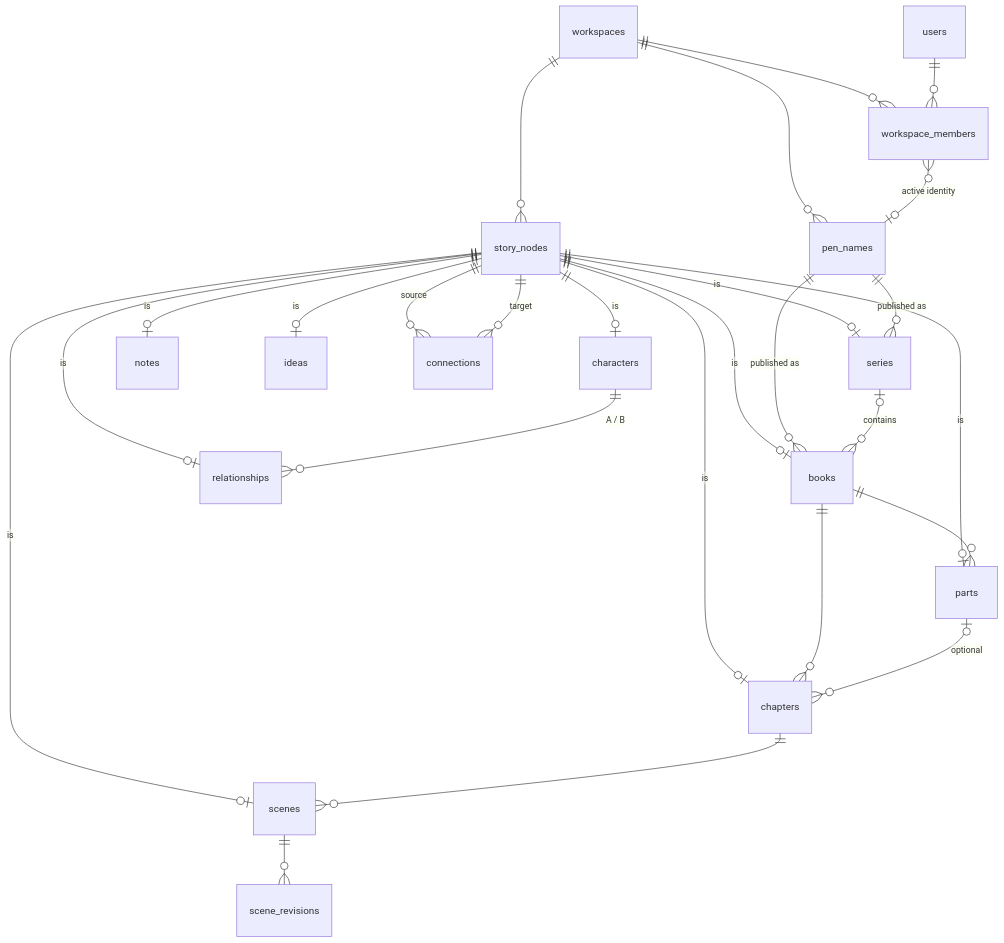
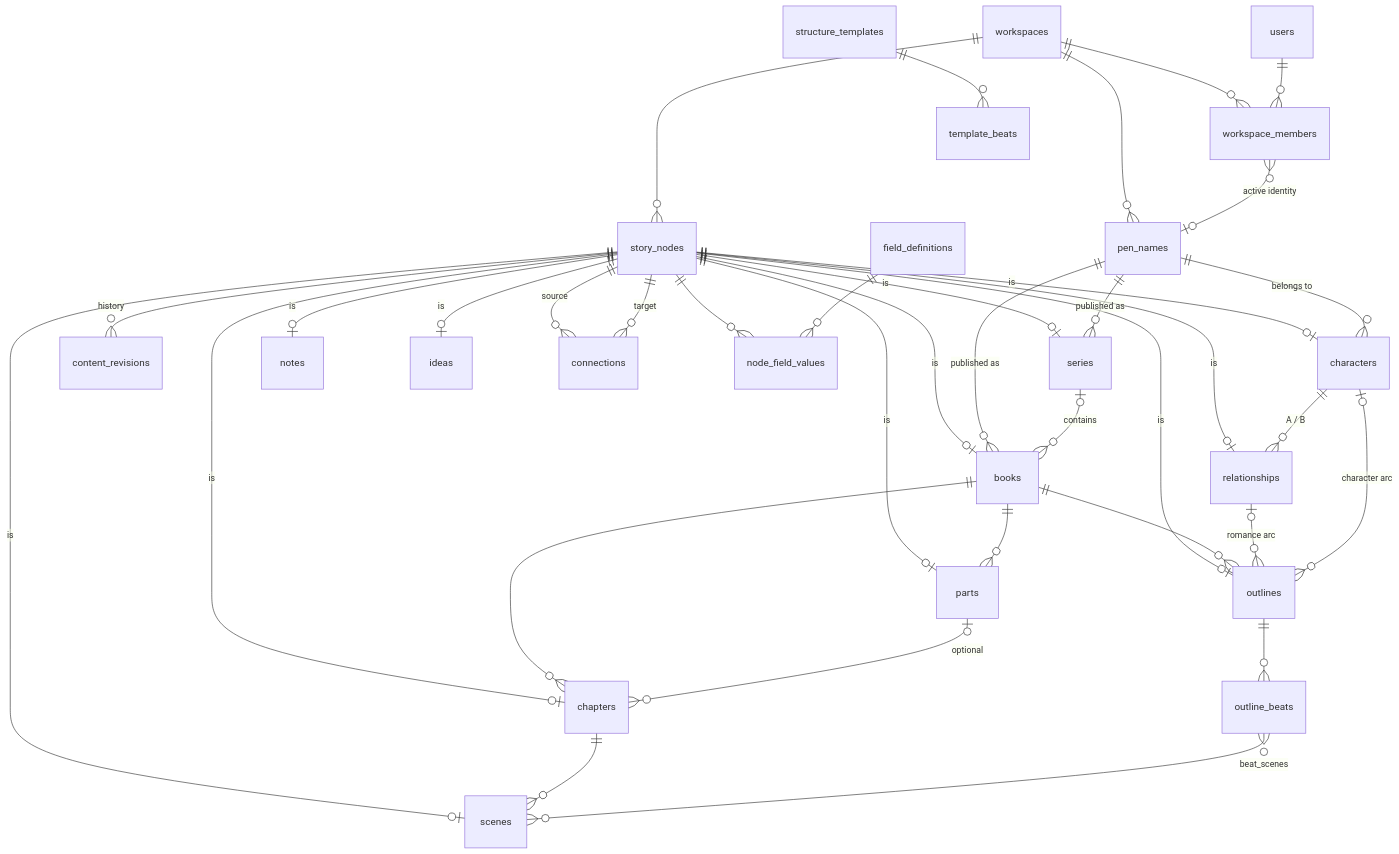
The diagram in docs/DATABASE.md (csperkpd-droid/AuthorOS), drawn with Mermaid before and after one commit. The commit also changed other lines of this file and 80 other files, not shown here.

First line of the commit message:
Milestone 3: story structure, romance arcs and identity separation

````diff
--- a/docs/DATABASE.md
+++ b/docs/DATABASE.md
@@ -51,28 +51,38 @@
 ```mermaid
 erDiagram
   workspaces ||--o{ workspace_members : ""
   users ||--o{ workspace_members : ""
   workspaces ||--o{ pen_names : ""
   workspace_members }o--o| pen_names : "active identity"
   workspaces ||--o{ story_nodes : ""
   story_nodes ||--o| series : "is"
   story_nodes ||--o| books : "is"
   story_nodes ||--o| parts : "is"
   story_nodes ||--o| chapters : "is"
   story_nodes ||--o| scenes : "is"
   pen_names ||--o{ series : "published as"
   pen_names ||--o{ books : "published as"
   series |o--o{ books : contains
   books ||--o{ parts : ""
   books ||--o{ chapters : ""
   parts |o--o{ chapters : "optional"
   chapters ||--o{ scenes : ""
-  scenes ||--o{ scene_revisions : ""
+  story_nodes ||--o{ content_revisions : "history"
   story_nodes ||--o| characters : "is"
   story_nodes ||--o| relationships : "is"
   story_nodes ||--o| notes : "is"
   story_nodes ||--o| ideas : "is"
   characters ||--o{ relationships : "A / B"
   story_nodes ||--o{ connections : "source"
   story_nodes ||--o{ connections : "target"
+  pen_names ||--o{ characters : "belongs to"
+  story_nodes ||--o| outlines : "is"
+  books ||--o{ outlines : ""
+  relationships |o--o{ outlines : "romance arc"
+  characters |o--o{ outlines : "character arc"
+  outlines ||--o{ outline_beats : ""
+  outline_beats }o--o{ scenes : "beat_scenes"
+  structure_templates ||--o{ template_beats : ""
+  story_nodes ||--o{ node_field_values : ""
+  field_definitions ||--o{ node_field_values : ""
 ```
````
